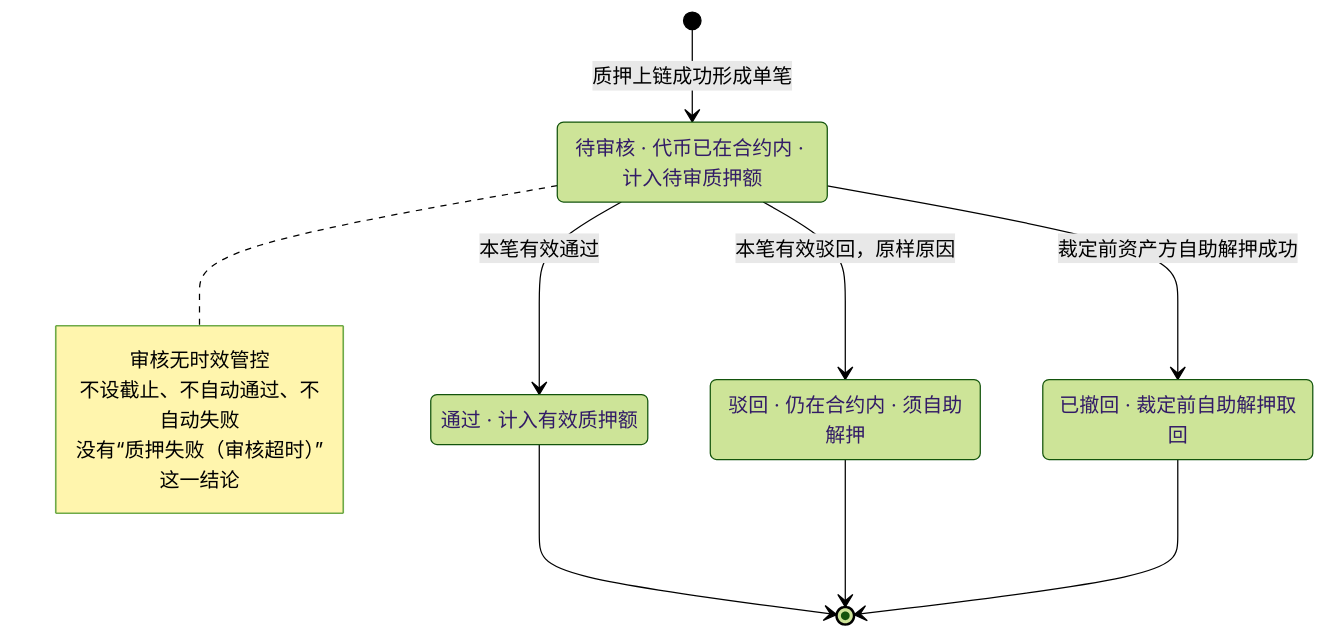
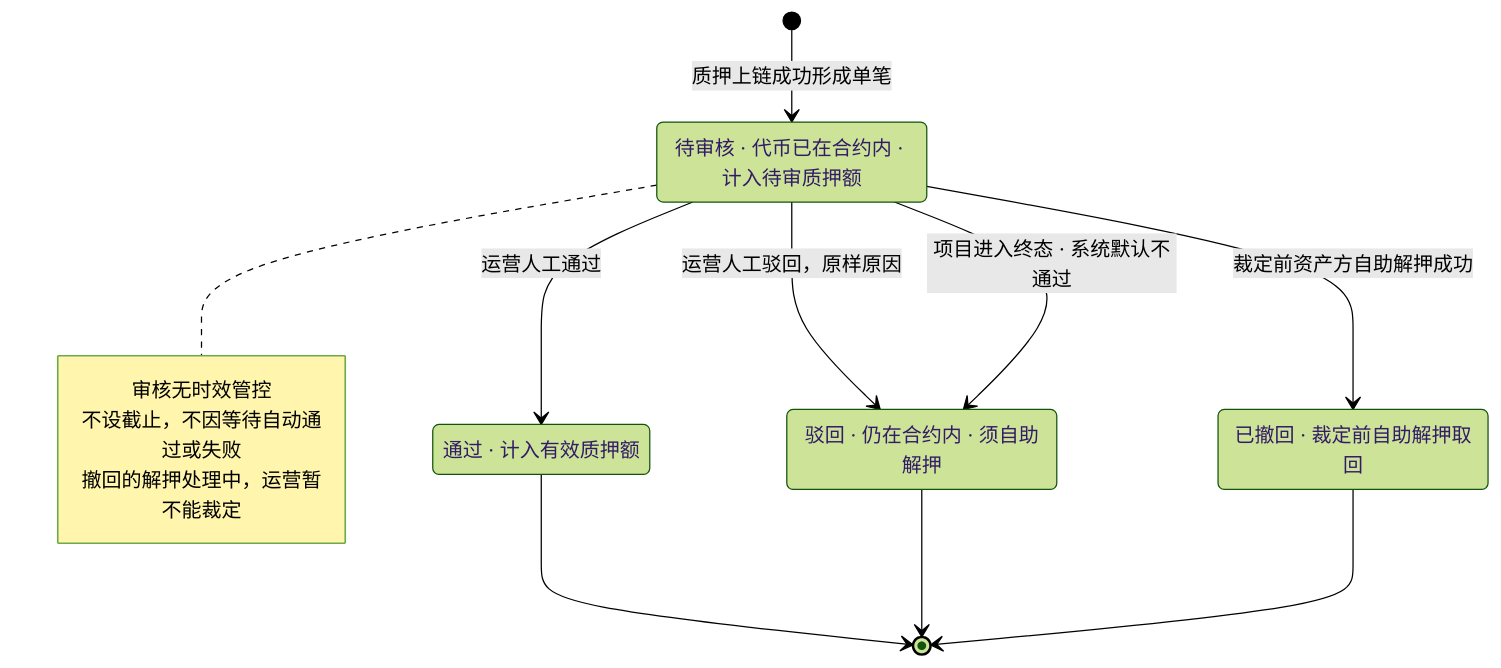
The tenth of 10 diagrams in lending-platform/PRD/面客端/05-借贷广场-融资需求与代币质押/02-融资需求与代币质押-流程图与状态机.md (wxblockchain/Chain-Financing), drawn with Mermaid (forest theme) before and after one commit. The commit also changed other lines of this file and 5 other files, not shown here.

````diff
--- a/lending-platform/PRD/面客端/05-借贷广场-融资需求与代币质押/02-融资需求与代币质押-流程图与状态机.md
+++ b/lending-platform/PRD/面客端/05-借贷广场-融资需求与代币质押/02-融资需求与代币质押-流程图与状态机.md
@@ -318,19 +287,20 @@
 ```mermaid
 stateDiagram-v2
   SUBMIT: 待审核 · 代币已在合约内 · 计入待审质押额
   APPROVED: 通过 · 计入有效质押额
   REJECTED: 驳回 · 仍在合约内 · 须自助解押
   CANCELED: 已撤回 · 裁定前自助解押取回
   [*] --> SUBMIT: 质押上链成功形成单笔
-  SUBMIT --> REJECTED: 本笔有效驳回，原样原因
+  SUBMIT --> APPROVED: 运营人工通过
+  SUBMIT --> REJECTED: 运营人工驳回，原样原因
+  SUBMIT --> REJECTED: 项目进入终态 · 系统默认不通过
   SUBMIT --> CANCELED: 裁定前资产方自助解押成功
-  SUBMIT --> APPROVED: 本笔有效通过
   APPROVED --> [*]
   REJECTED --> [*]
   CANCELED --> [*]
   note right of SUBMIT
     审核无时效管控
-    不设截止、不自动通过、不自动失败
-    没有“质押失败（审核超时）”这一结论
+    不设截止，不因等待自动通过或失败
+    撤回的解押处理中，运营暂不能裁定
   end note
 ```
````
